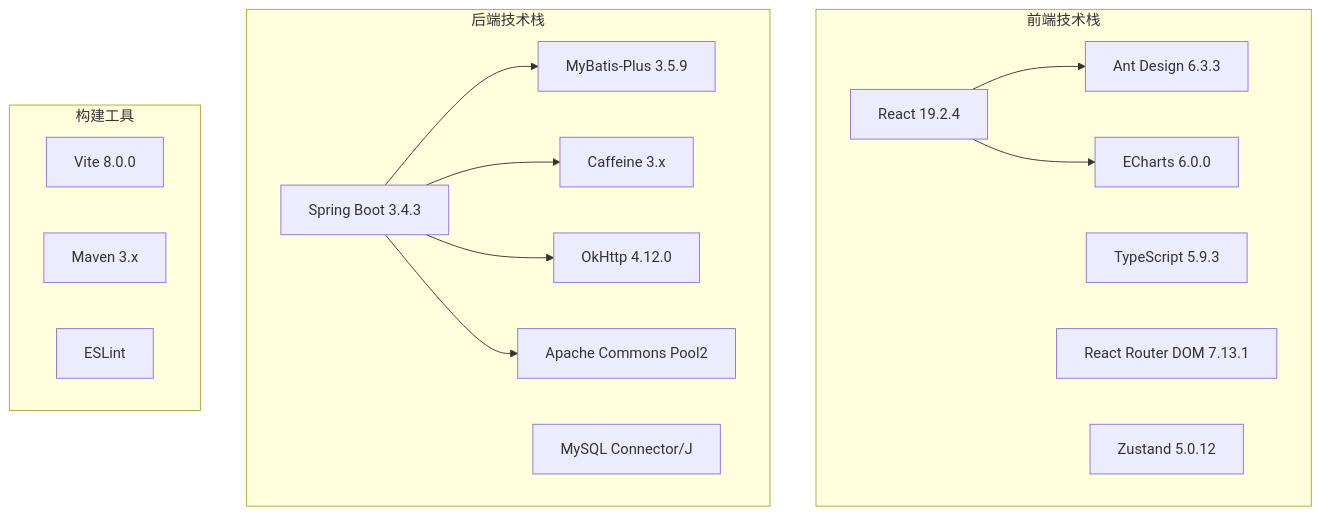
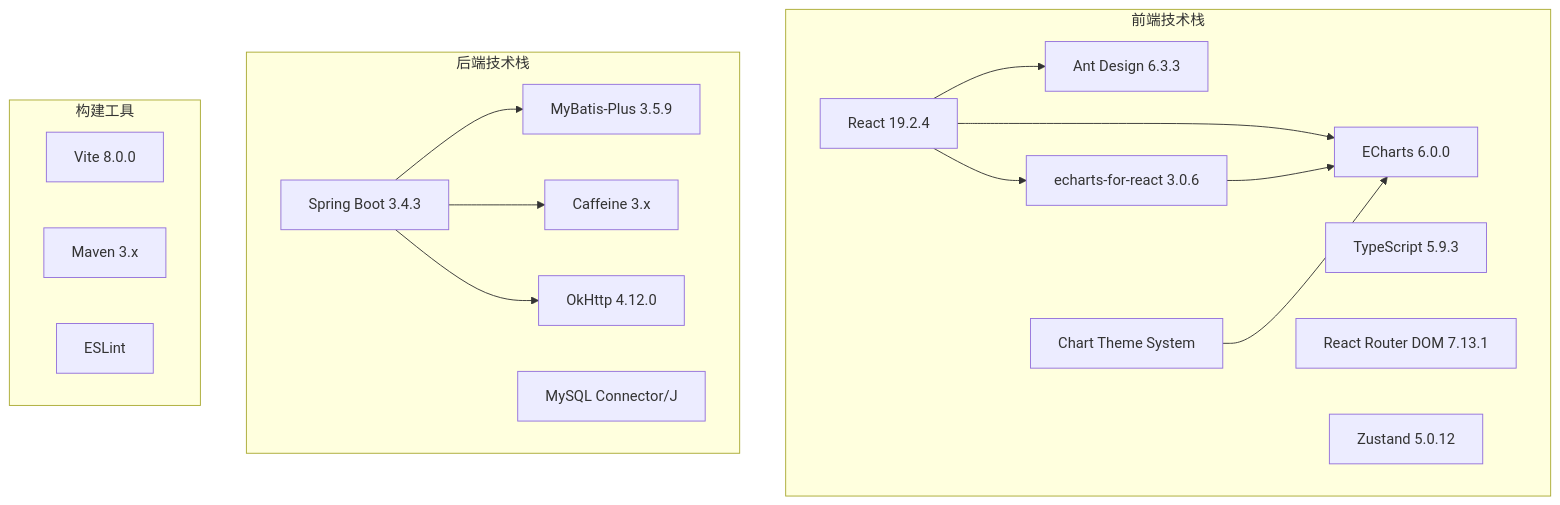
Before and after one commit to gree-coder/fund-butler: the ninth of 11 diagrams in .qoder/repowiki/zh/content/核心功能开发/实时市场数据可视化.md, drawn with Mermaid. The commit also changed other lines of this file and 21 other files, not shown here.

````diff
--- a/.qoder/repowiki/zh/content/核心功能开发/实时市场数据可视化.md
+++ b/.qoder/repowiki/zh/content/核心功能开发/实时市场数据可视化.md
@@ -416,30 +415,33 @@
 ```mermaid
 graph TB
 subgraph "前端技术栈"
 A[React 19.2.4]
 B[TypeScript 5.9.3]
 C[Ant Design 6.3.3]
 D[ECharts 6.0.0]
 E[React Router DOM 7.13.1]
 F[Zustand 5.0.12]
+G[echarts-for-react 3.0.6]
+H[Chart Theme System]
 end
 subgraph "后端技术栈"
-G[Spring Boot 3.4.3]
-H[MyBatis-Plus 3.5.9]
-I[OkHttp 4.12.0]
-J[Caffeine 3.x]
-K[MySQL Connector/J]
-L[Apache Commons Pool2]
+I[Spring Boot 3.4.3]
+J[MyBatis-Plus 3.5.9]
+K[OkHttp 4.12.0]
+L[Caffeine 3.x]
+M[MySQL Connector/J]
 end
 subgraph "构建工具"
-M[Vite 8.0.0]
-N[Maven 3.x]
-O[ESLint]
+N[Vite 8.0.0]
+O[Maven 3.x]
+P[ESLint]
 end
 A --> C
 A --> D
-G --> H
-G --> J
-G --> I
-G --> L
+A --> G
+G --> D
+H --> D
+I --> J
+I --> L
+I --> K
 ```
````
